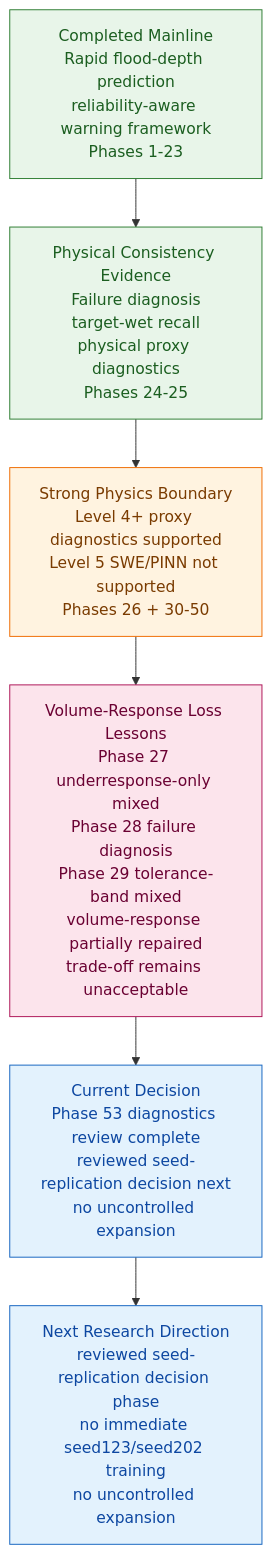
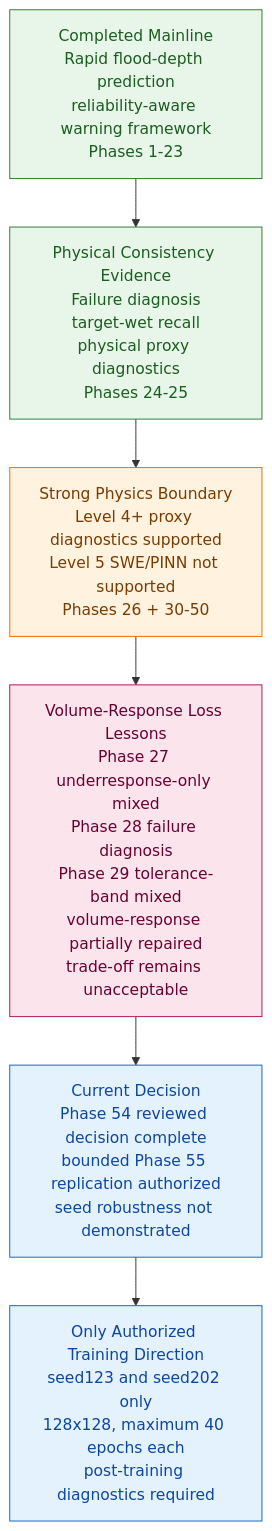
One commit to HolyLin990604/physics-guided-urban-flood-prediction changed the third of 3 diagrams in README.md. Above: the diagram before and after it, drawn with Mermaid. The commit also changed other lines of this file and 2 other files, not shown here.

Commit message:
docs: sync phase54 reviewed seed replication decision status

````diff
--- a/README.md
+++ b/README.md
@@ -550,16 +556,16 @@
 ```mermaid
 flowchart TD
     A["Completed Mainline<br/>Rapid flood-depth prediction<br/>reliability-aware warning framework<br/>Phases 1-23"]:::completed
     B["Physical Consistency Evidence<br/>Failure diagnosis<br/>target-wet recall<br/>physical proxy diagnostics<br/>Phases 24-25"]:::completed
     C["Strong Physics Boundary<br/>Level 4+ proxy diagnostics supported<br/>Level 5 SWE/PINN not supported<br/>Phases 26 + 30-50"]:::boundary
     D["Volume-Response Loss Lessons<br/>Phase 27 underresponse-only mixed<br/>Phase 28 failure diagnosis<br/>Phase 29 tolerance-band mixed<br/>volume-response partially repaired<br/>trade-off remains unacceptable"]:::diagnosis
-    E["Current Decision<br/>Phase 53 diagnostics review complete<br/>reviewed seed-replication decision next<br/>no uncontrolled expansion"]:::current
-    F["Next Research Direction<br/>reviewed seed-replication decision phase<br/>no immediate seed123/seed202 training<br/>no uncontrolled expansion"]:::current
+    E["Current Decision<br/>Phase 54 reviewed decision complete<br/>bounded Phase 55 replication authorized<br/>seed robustness not demonstrated"]:::current
+    F["Only Authorized Training Direction<br/>seed123 and seed202 only<br/>128x128, maximum 40 epochs each<br/>post-training diagnostics required"]:::current
 
     A --> B --> C --> D --> E --> F
 
     classDef completed fill:#e8f5e9,stroke:#2e7d32,color:#1b5e20
     classDef boundary fill:#fff3e0,stroke:#ef6c00,color:#7a3b00
     classDef diagnosis fill:#fce4ec,stroke:#ad1457,color:#6a0032
     classDef current fill:#e3f2fd,stroke:#1565c0,color:#0d47a1
 ```
````
